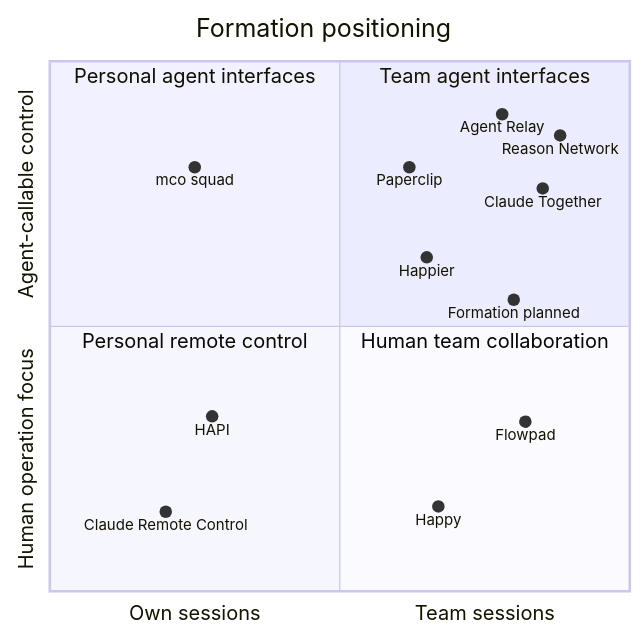
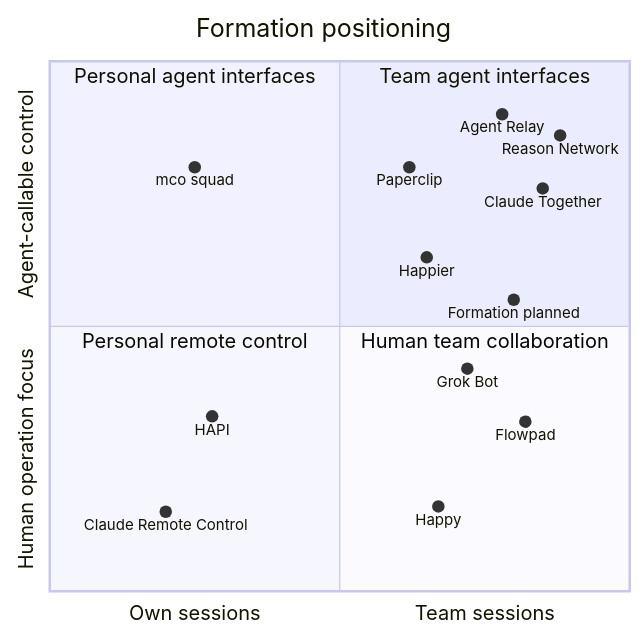
Before and after one commit to callmejustdodo/OpenGrokBot: the diagram in documentations/competitive-landscape.md, drawn with Mermaid. The commit also changed other lines of this file, not shown here.

First line of the commit message:
docs(planning): add Grok Bot and Paperclip team features to the competitive landscape (#16)

````diff
--- a/documentations/competitive-landscape.md
+++ b/documentations/competitive-landscape.md
@@ -33,21 +34,22 @@
 ```mermaid
 quadrantChart
     title Formation positioning
     x-axis Own sessions --> Team sessions
     y-axis Human operation focus --> Agent-callable control
     quadrant-1 Team agent interfaces
     quadrant-2 Personal agent interfaces
     quadrant-3 Personal remote control
     quadrant-4 Human team collaboration
     Agent Relay: [0.78, 0.90]
     Reason Network: [0.88, 0.86]
     Claude Together: [0.85, 0.76]
     Happier: [0.65, 0.63]
     Paperclip: [0.62, 0.80]
     Formation planned: [0.80, 0.55]
     mco squad: [0.25, 0.80]
     Flowpad: [0.82, 0.32]
+    Grok Bot: [0.72, 0.42]
     Happy: [0.67, 0.16]
     HAPI: [0.28, 0.33]
     Claude Remote Control: [0.20, 0.15]
 ```
````
